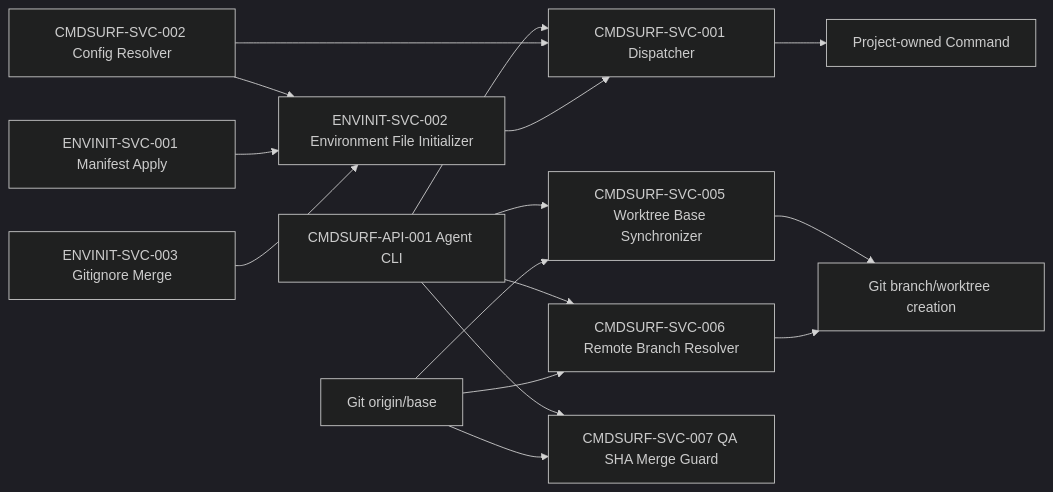
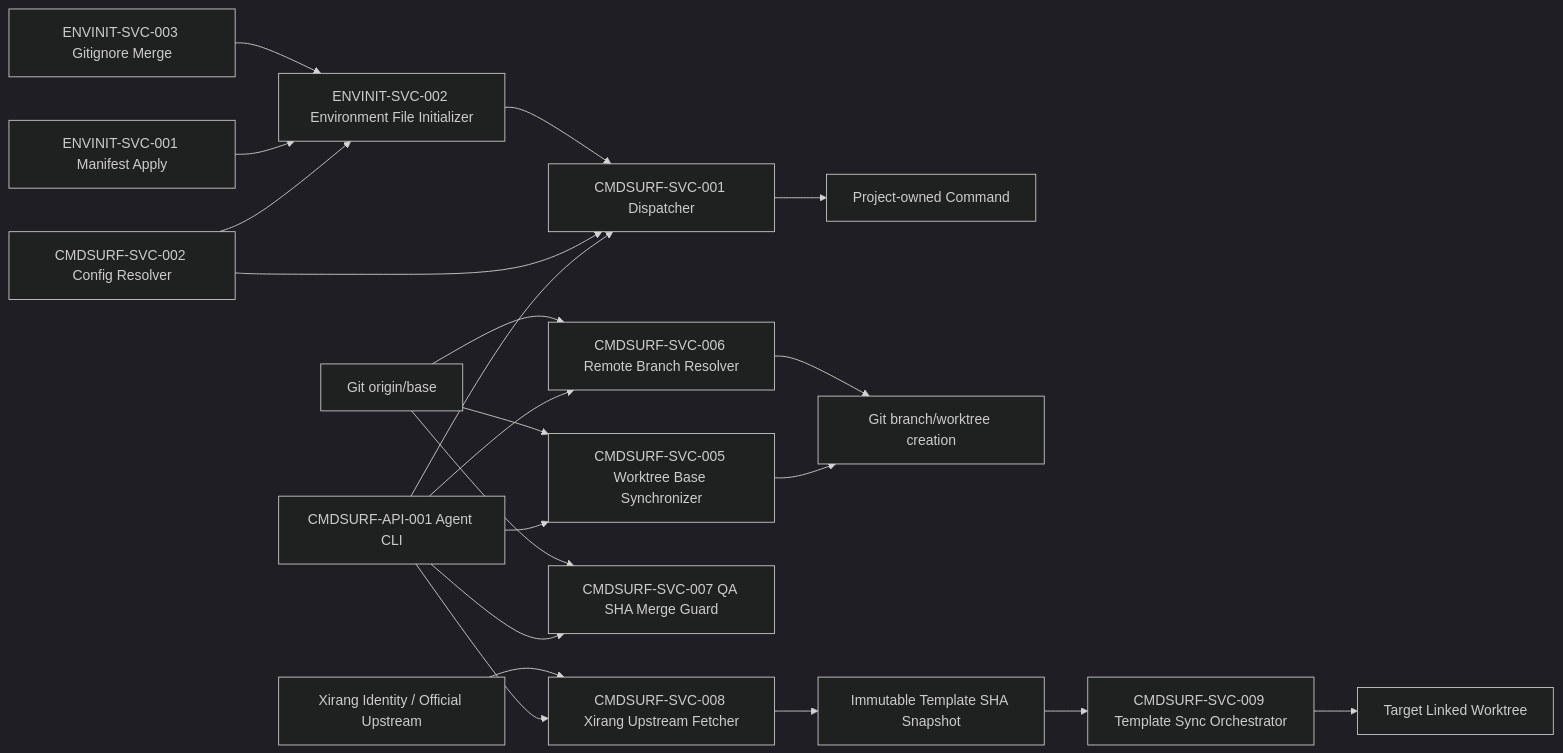
Before and after one commit to hollisyao2024/PromptsEngineering: the diagram in docs/data/component-dependency-graph.md, drawn with Mermaid (dark theme). The commit also changed other lines of this file and 33 other files, not shown here.

First line of the commit message:
chore: update from docs/prd-xirang-template-sync (#73)

````diff
--- a/docs/data/component-dependency-graph.md
+++ b/docs/data/component-dependency-graph.md
@@ -3,18 +3,23 @@
 ```mermaid
 flowchart LR
   API[CMDSURF-API-001 Agent CLI] --> D[CMDSURF-SVC-001 Dispatcher]
   C[CMDSURF-SVC-002 Config Resolver] --> D
   C --> I[CMDSURF-SVC-003 Container Directory Initializer]
   I --> D
   D --> P[Project-owned Command]
   API --> B[CMDSURF-SVC-005 Worktree Base Synchronizer]
   O[Git origin/base] --> B
   B --> W[Git branch/worktree creation]
   API --> R[CMDSURF-SVC-006 Remote Branch Resolver]
   O --> R
   R --> W
   API --> Q[CMDSURF-SVC-007 QA SHA Merge Guard]
   O --> Q
+  API --> X[CMDSURF-SVC-008 Xirang Upstream Fetcher]
+  XI[Xirang Identity / Official Upstream] --> X
+  X --> S[Immutable Template SHA Snapshot]
+  S --> A[CMDSURF-SVC-009 Template Sync Orchestrator]
+  A --> T[Target Linked Worktree]
   M[ENVINIT-SVC-001 Manifest Apply] --> I[ENVINIT-SVC-002 Environment File Initializer]
   G[ENVINIT-SVC-003 Gitignore Merge] --> I
 ```
````
